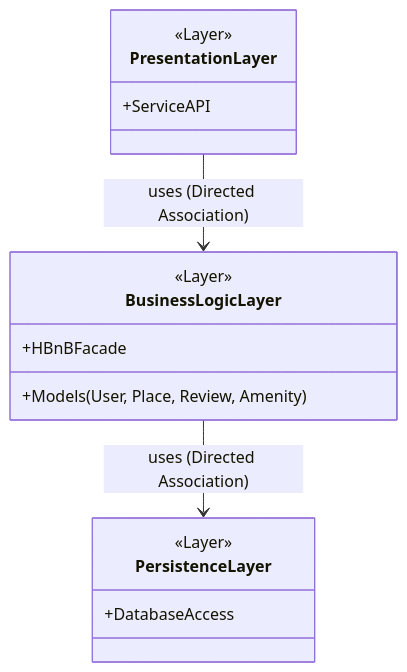
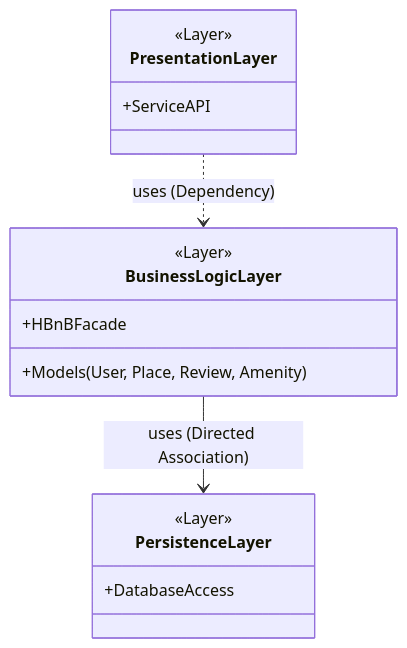
The first of 6 diagrams in part1/README.md (alzahra3ali-bit/holbertonschool-hbnb), drawn with Mermaid before and after one commit. The commit also changed other lines of this file, not shown here.

````diff
--- a/part1/README.md
+++ b/part1/README.md
@@ -10,21 +10,21 @@
 ```mermaid
 classDiagram
     class PresentationLayer {
         <<Layer>>
         +ServiceAPI
     }
 
     class BusinessLogicLayer {
         <<Layer>>
         +HBnBFacade
         +Models (User, Place, Review, Amenity)
     }
 
     class PersistenceLayer {
         <<Layer>>
         +DatabaseAccess
     }
 
-    PresentationLayer --> BusinessLogicLayer : uses (Directed Association)
+    PresentationLayer ..> BusinessLogicLayer : uses (Dependency)
     BusinessLogicLayer --> PersistenceLayer : uses (Directed Association)
 ```
````
